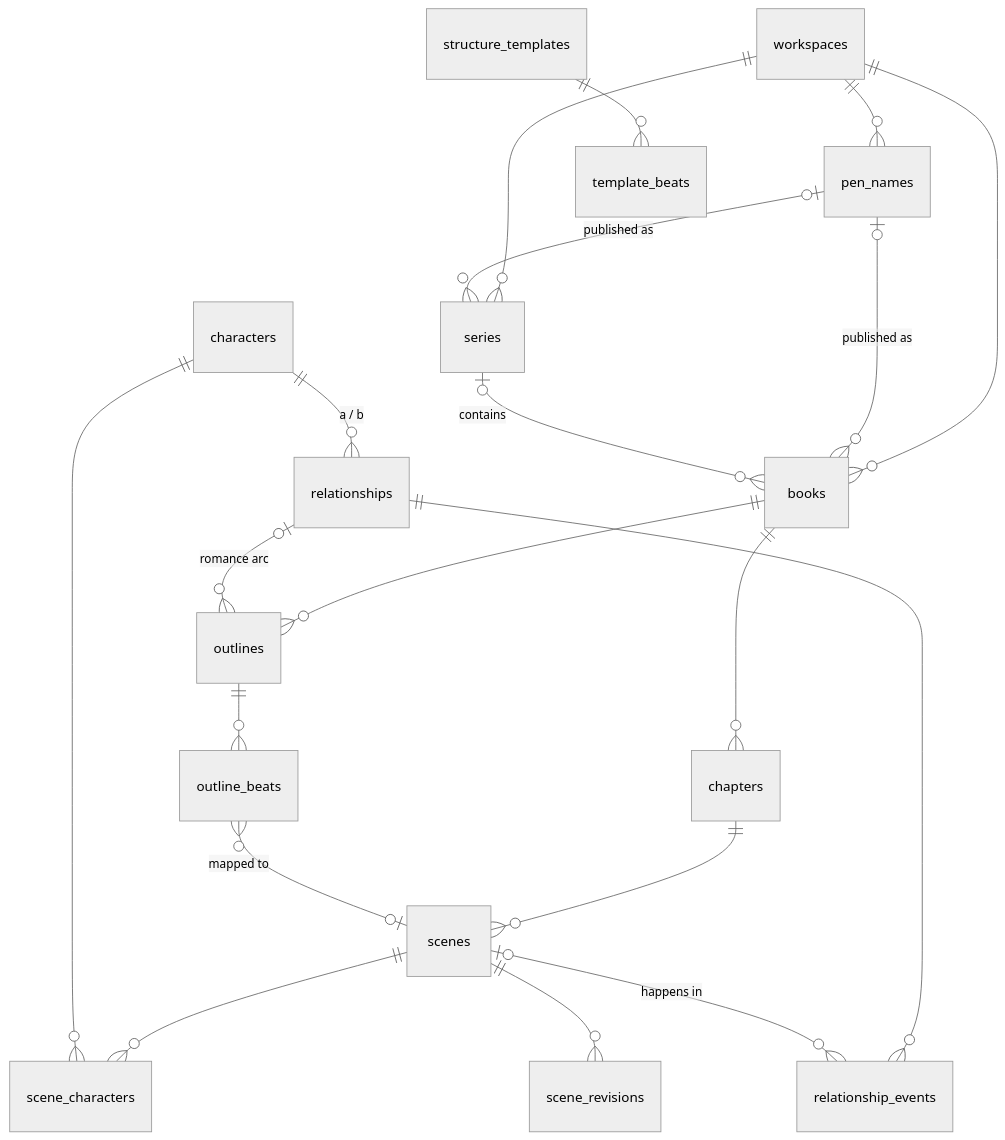
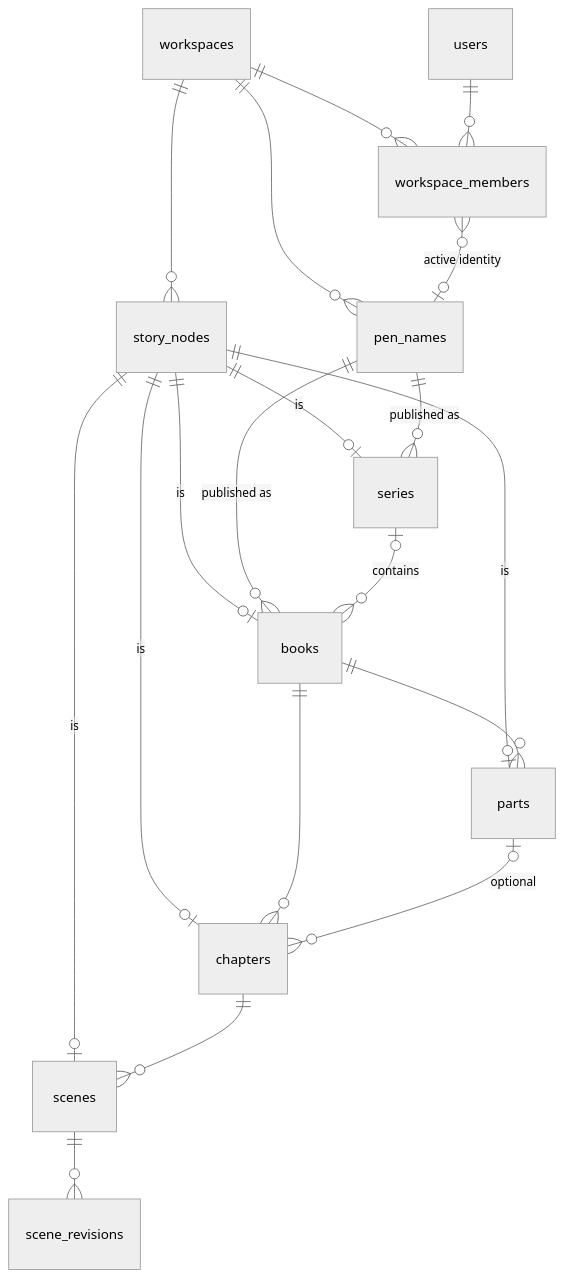
The diagram in docs/DATABASE.md (csperkpd-droid/AuthorOS), drawn with Mermaid (neutral theme) before and after one commit. The commit also changed other lines of this file and 97 other files, not shown here.

````diff
--- a/docs/DATABASE.md
+++ b/docs/DATABASE.md
@@ -71,22 +51,21 @@
 ```mermaid
 erDiagram
+  workspaces ||--o{ workspace_members : ""
+  users ||--o{ workspace_members : ""
   workspaces ||--o{ pen_names : ""
-  workspaces ||--o{ series : ""
-  workspaces ||--o{ books : ""
-  pen_names |o--o{ series : "published as"
-  pen_names |o--o{ books : "published as"
+  workspace_members }o--o| pen_names : "active identity"
+  workspaces ||--o{ story_nodes : ""
+  story_nodes ||--o| series : "is"
+  story_nodes ||--o| books : "is"
+  story_nodes ||--o| parts : "is"
+  story_nodes ||--o| chapters : "is"
+  story_nodes ||--o| scenes : "is"
+  pen_names ||--o{ series : "published as"
+  pen_names ||--o{ books : "published as"
   series |o--o{ books : contains
+  books ||--o{ parts : ""
   books ||--o{ chapters : ""
+  parts |o--o{ chapters : "optional"
   chapters ||--o{ scenes : ""
   scenes ||--o{ scene_revisions : ""
-  scenes ||--o{ scene_characters : ""
-  characters ||--o{ scene_characters : ""
-  characters ||--o{ relationships : "a / b"
-  relationships ||--o{ relationship_events : ""
-  scenes |o--o{ relationship_events : "happens in"
-  structure_templates ||--o{ template_beats : ""
-  books ||--o{ outlines : ""
-  outlines ||--o{ outline_beats : ""
-  outline_beats }o--o| scenes : "mapped to"
-  relationships |o--o{ outlines : "romance arc"
 ```
````
